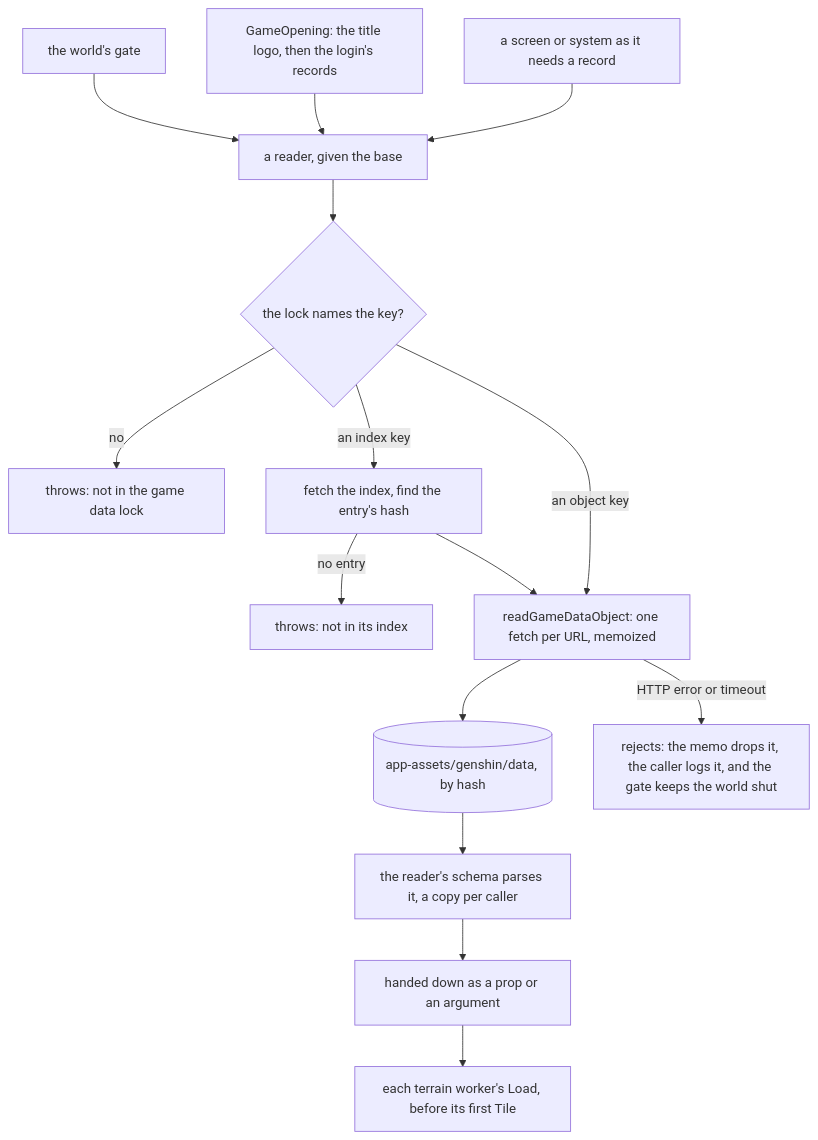
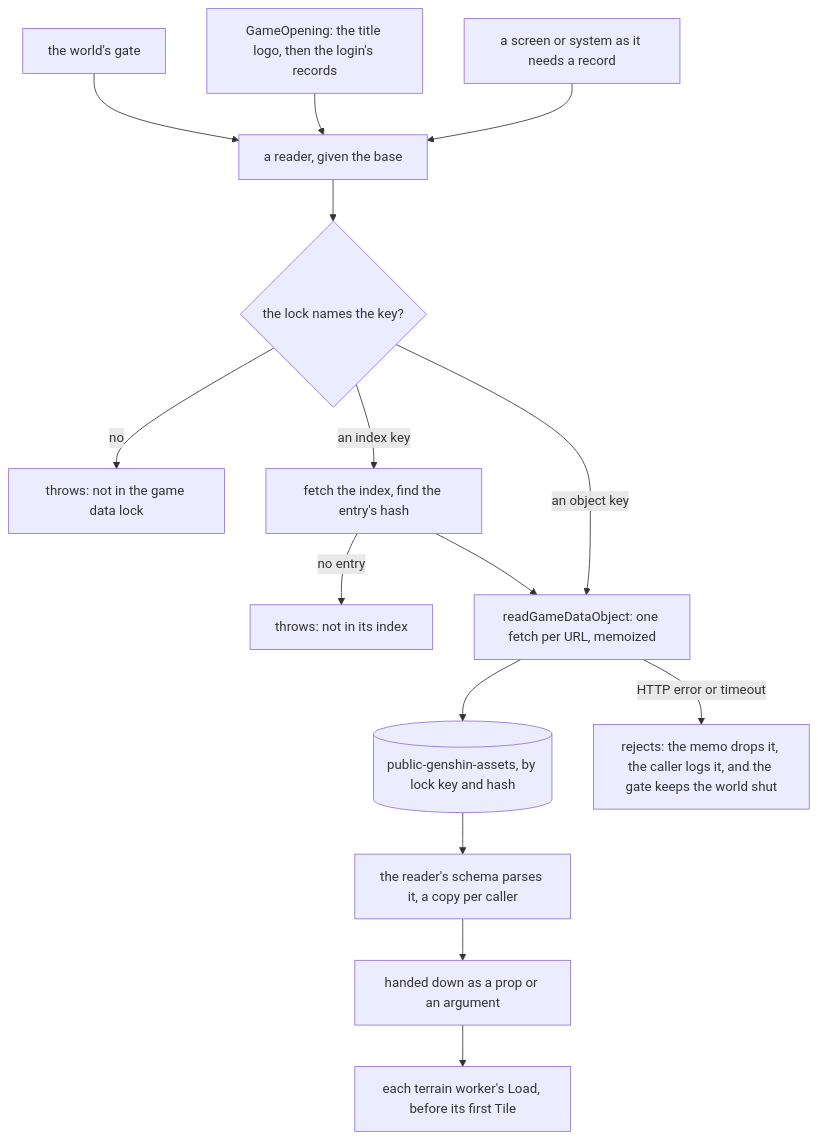
The second of 5 diagrams in openspec/specs/genshin/hosted-game-data/design.md (Esposter/Esposter), drawn with Mermaid before and after one commit. The commit also changed other lines of this file and 92 other files, not shown here.

````diff
--- a/openspec/specs/genshin/hosted-game-data/design.md
+++ b/openspec/specs/genshin/hosted-game-data/design.md
@@ -121,17 +121,17 @@
 ```mermaid
 flowchart TD
   Gate["the world's gate"] --> Reader
   Opening["GameOpening: the title logo, then the login's records"] --> Reader
   Screen["a screen or system as it needs a record"] --> Reader
   Reader["a reader, given the base"] --> Lock{"the lock names the key?"}
   Lock -->|no| Unlocked["throws: not in the game data lock"]
   Lock -->|"an index key"| Index["fetch the index, find the entry's hash"]
   Index -->|"no entry"| Missing["throws: not in its index"]
   Index --> Fetch
   Lock -->|"an object key"| Fetch["readGameDataObject: one fetch per URL, memoized"]
-  Fetch --> Blob[("app-assets/genshin/data, by hash")]
+  Fetch --> Blob[("public-genshin-assets, by lock key and hash")]
   Blob --> Schema["the reader's schema parses it, a copy per caller"]
   Schema --> Down["handed down as a prop or an argument"]
   Down --> Worker["each terrain worker's Load, before its first Tile"]
   Fetch -->|"HTTP error or timeout"| Failure["rejects: the memo drops it, the caller logs it, and the gate keeps the world shut"]
 ```
````
